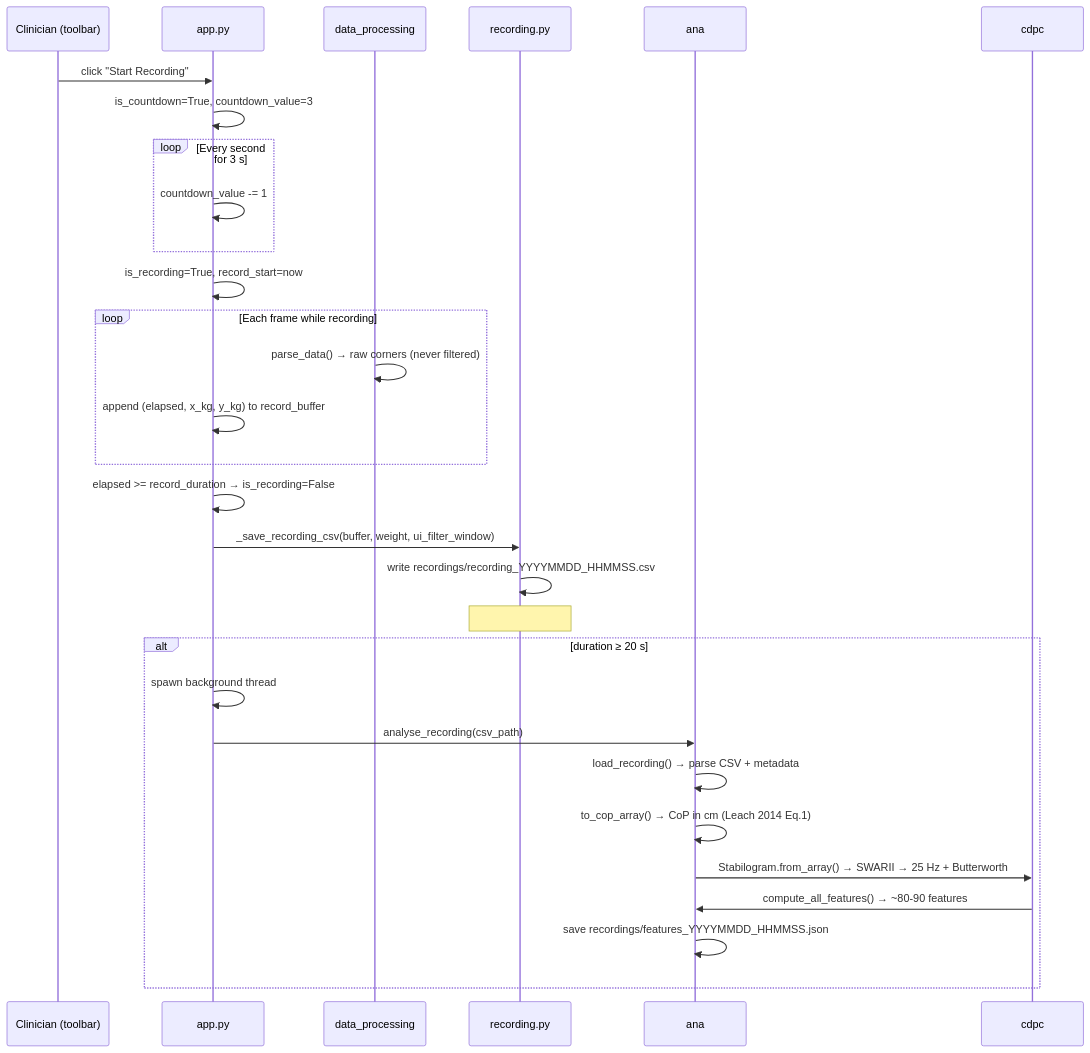
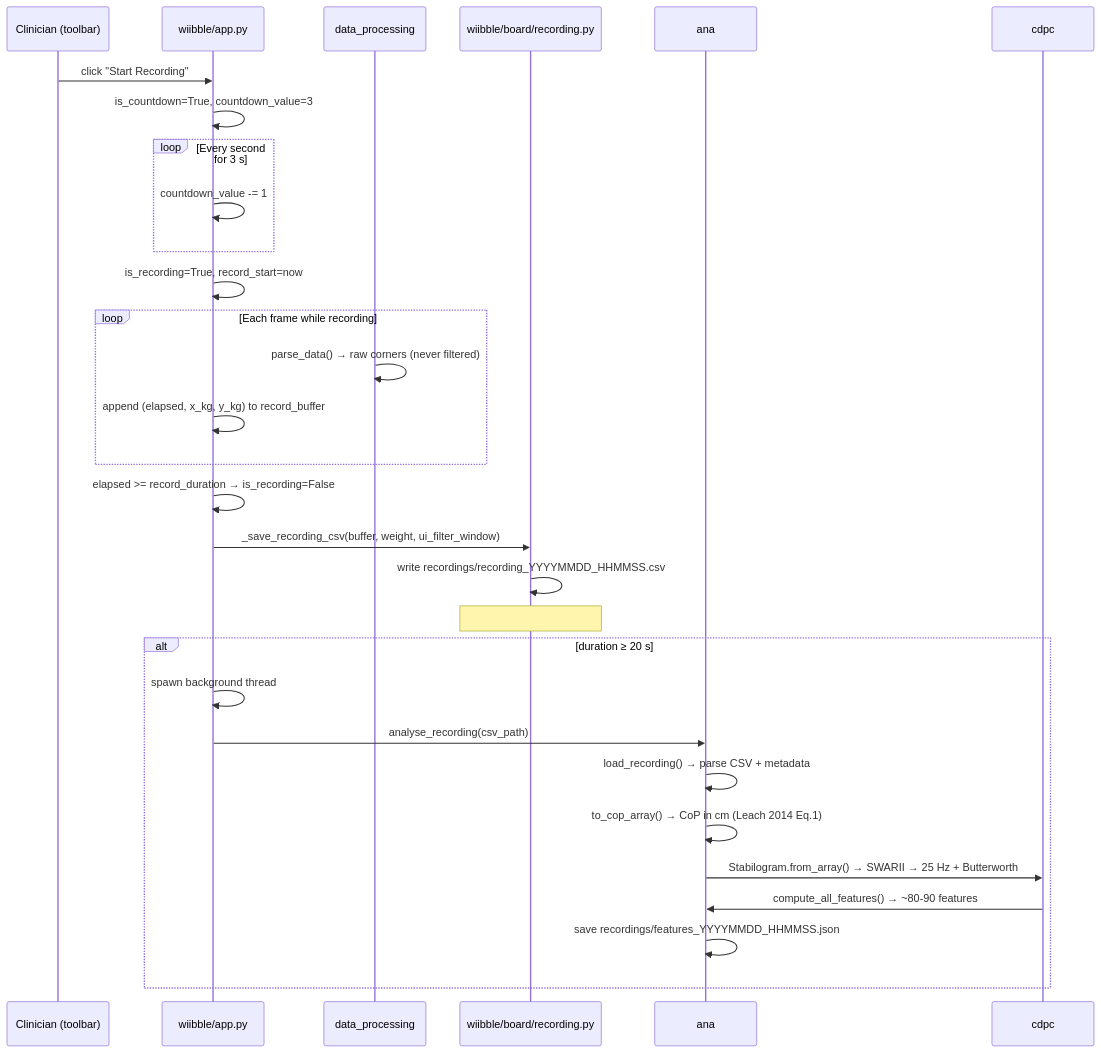
The fourth of 5 diagrams in Docs/ARCHITECTURE.md (NeuroRehack/WIIBBLE), drawn with Mermaid before and after one commit. The commit also changed other lines of this file and 66 other files, not shown here.

Commit message:
Refactor code structure for improved readability and maintainability; removed redundant sections and optimized logic flow.

````diff
--- a/Docs/ARCHITECTURE.md
+++ b/Docs/ARCHITECTURE.md
@@ -110,34 +110,34 @@
 ```mermaid
 sequenceDiagram
     participant cli as Clinician (toolbar)
-    participant app as app.py
+    participant app as wiibble/app.py
     participant dp as data_processing
-    participant rec as recording.py
+    participant rec as wiibble/board/recording.py
 
     cli->>app: click "Start Recording"
     app->>app: is_countdown=True, countdown_value=3
     loop Every second for 3 s
         app->>app: countdown_value -= 1
     end
     app->>app: is_recording=True, record_start=now
 
     loop Each frame while recording
         dp->>dp: parse_data() → raw corners (never filtered)
         app->>app: append (elapsed, x_kg, y_kg) to record_buffer
     end
 
     app->>app: elapsed >= record_duration → is_recording=False
     app->>rec: _save_recording_csv(buffer, weight, ui_filter_window)
     rec->>rec: write recordings/recording_YYYYMMDD_HHMMSS.csv
     Note over rec: # total_weight_kg, # ui_filter_window written as metadata comments
 
     alt duration ≥ 20 s
         app->>app: spawn background thread
         app->>ana: analyse_recording(csv_path)
         ana->>ana: load_recording() → parse CSV + metadata
         ana->>ana: to_cop_array() → CoP in cm (Leach 2014 Eq.1)
         ana->>cdpc: Stabilogram.from_array() → SWARII → 25 Hz + Butterworth
         cdpc->>ana: compute_all_features() → ~80-90 features
         ana->>ana: save recordings/features_YYYYMMDD_HHMMSS.json
     end
 ```
````
